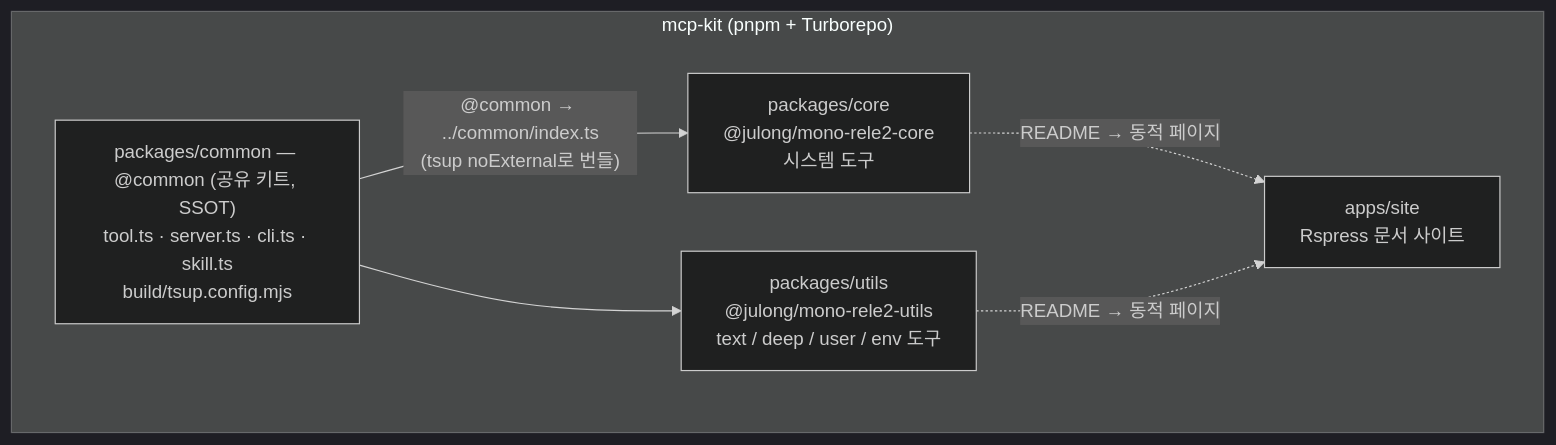
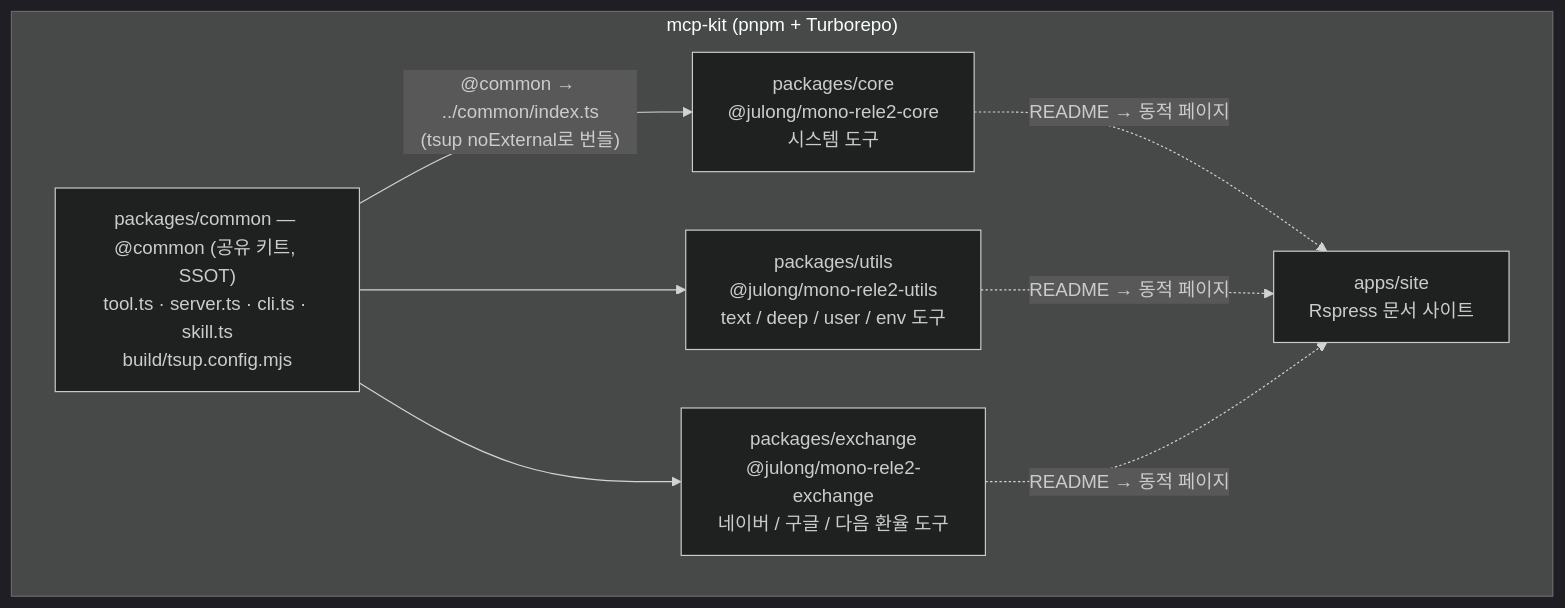
One commit to jl917/mcp-kit changed the first of 4 diagrams in apps/site/docs/ko/03-architecture.md. Above: the diagram before and after it, drawn with Mermaid (dark theme). The commit also changed other lines of this file and 3 other files, not shown here.

````diff
--- a/apps/site/docs/ko/03-architecture.md
+++ b/apps/site/docs/ko/03-architecture.md
@@ -116,14 +158,17 @@
 ```mermaid
 graph TD
     subgraph Monorepo["mcp-kit (pnpm + Turborepo)"]
         Common["packages/common — @common (공유 키트, SSOT)<br/>tool.ts · server.ts · cli.ts · skill.ts<br/>build/tsup.config.mjs"]
         Core["packages/core<br/>@julong/mono-rele2-core<br/>시스템 도구"]
         Utils["packages/utils<br/>@julong/mono-rele2-utils<br/>text / deep / user / env 도구"]
+        Exchange["packages/exchange<br/>@julong/mono-rele2-exchange<br/>네이버 / 구글 / 다음 환율 도구"]
         Site["apps/site<br/>Rspress 문서 사이트"]
     end
 
     Common -->|"@common → ../common/index.ts<br/>(tsup noExternal로 번들)"| Core
     Common --> Utils
+    Common --> Exchange
     Core -.->|README → 동적 페이지| Site
     Utils -.->|README → 동적 페이지| Site
+    Exchange -.->|README → 동적 페이지| Site
 ```
````
